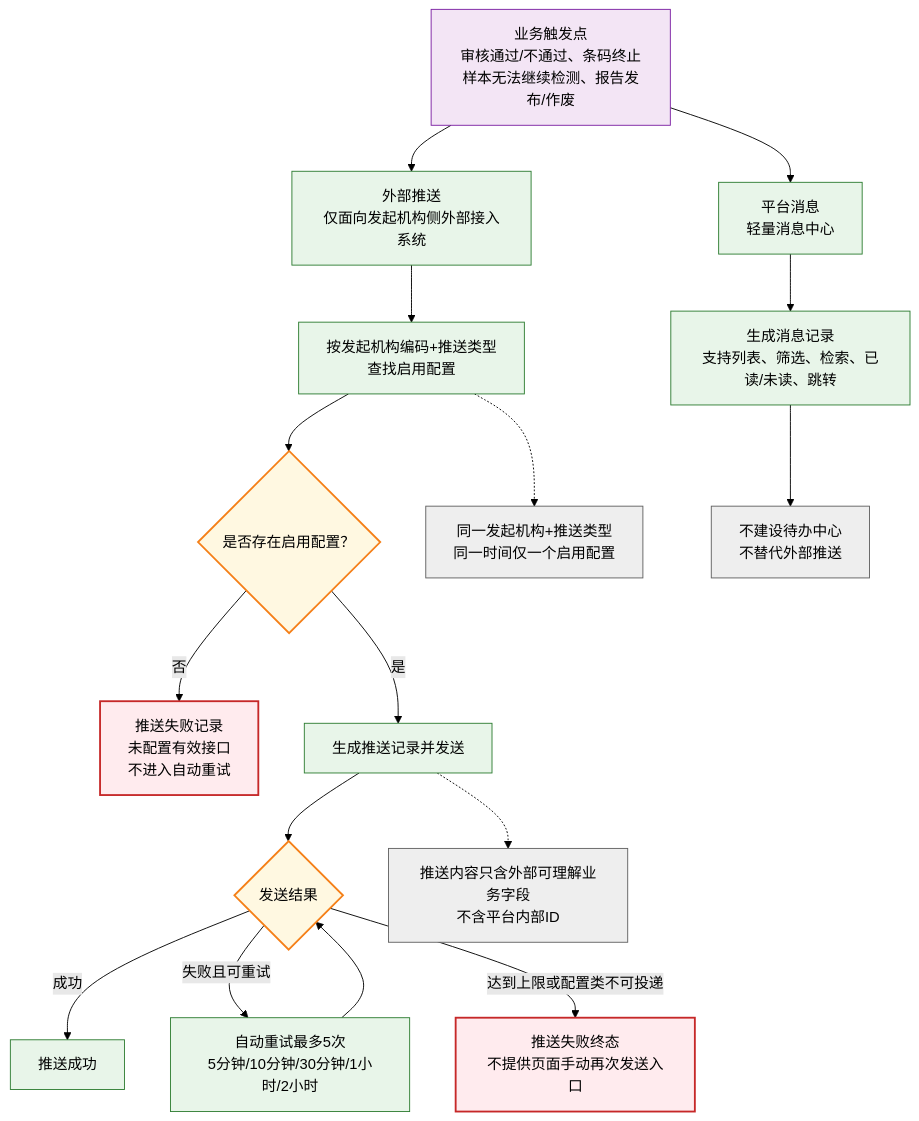
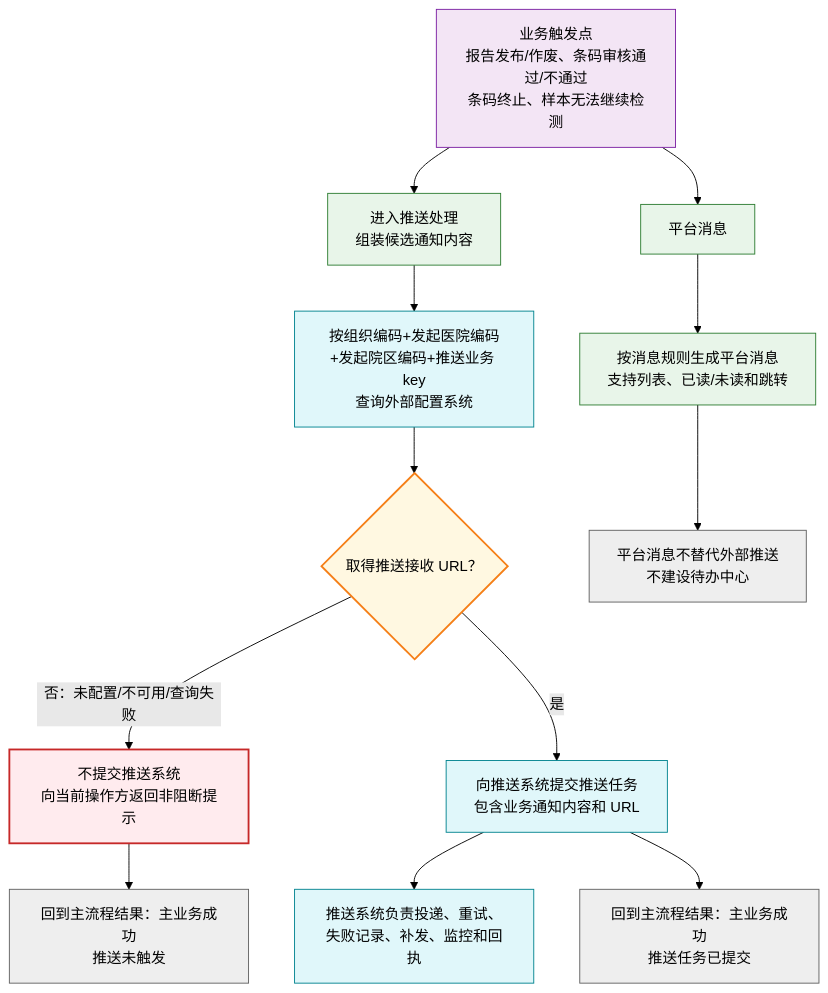
The sixth of 7 diagrams in 协同平台/政策文档/版本7/PRD_流程图_整合版.md (taskMain/Lis), drawn with Mermaid (forest theme) before and after one commit. The commit also changed other lines of this file and 2 other files, not shown here.

Commit message:
docs(PRD): 重构流程图整合版文档，提取条码流转主流程并补充子流程与规则说明，提升可读性与维护性

````diff
--- a/协同平台/政策文档/版本7/PRD_流程图_整合版.md
+++ b/协同平台/政策文档/版本7/PRD_流程图_整合版.md
@@ -290,27 +293,25 @@
 ```mermaid
 flowchart TD
     classDef trigger fill:#f3e5f5,stroke:#7b1fa2,stroke-width:1px
     classDef process fill:#e8f5e9,stroke:#2e7d32,stroke-width:1px
     classDef decision fill:#fff8e1,stroke:#f57f17,stroke-width:2px
     classDef terminal fill:#ffebee,stroke:#c62828,stroke-width:2px
+    classDef external fill:#e0f7fa,stroke:#00838f,stroke-width:1px
     classDef note fill:#eeeeee,stroke:#616161,stroke-width:1px
 
-    T["业务触发点<br>审核通过/不通过、条码终止<br>样本无法继续检测、报告发布/作废"]:::trigger
+    T["业务触发点<br>报告发布/作废、条码审核通过/不通过<br>条码终止、样本无法继续检测"]:::trigger
 
-    T --> P0["外部推送<br>仅面向发起机构侧外部接入系统"]:::process
-    P0 --> P1["按发起机构编码+推送类型<br>查找启用配置"]:::process
-    P1 --> P2{"是否存在启用配置？"}:::decision
-    P2 -->|"否"| P3["推送失败记录<br>未配置有效接口<br>不进入自动重试"]:::terminal
-    P2 -->|"是"| P4["生成推送记录并发送"]:::process
-    P4 --> P5{"发送结果"}:::decision
-    P5 -->|"成功"| P6["推送成功"]:::process
-    P5 -->|"失败且可重试"| P7["自动重试最多5次<br>5分钟/10分钟/30分钟/1小时/2小时"]:::process
-    P7 --> P5
-    P5 -->|"达到上限或配置类不可投递"| P8["推送失败终态<br>不提供页面手动再次发送入口"]:::terminal
-    P4 -.-> P9["推送内容只含外部可理解业务字段<br>不含平台内部ID"]:::note
-    P1 -.-> P10["同一发起机构+推送类型<br>同一时间仅一个启用配置"]:::note
+    T --> P0["进入推送处理<br>组装候选通知内容"]:::process
+    P0 --> P1["按组织编码+发起医院编码+发起院区编码+推送业务 key<br>查询外部配置系统"]:::external
+    P1 --> P2{"取得推送接收 URL？"}:::decision
+    P2 -->|"否：未配置/不可用/查询失败"| P3["不提交推送系统<br>向当前操作方返回非阻断提示"]:::terminal
+    P2 -->|"是"| P4["向推送系统提交推送任务<br>包含业务通知内容和 URL"]:::external
+    P4 --> P5["推送系统负责投递、重试、失败记录、补发、监控和回执"]:::external
 
-    T --> M0["平台消息<br>轻量消息中心"]:::process
-    M0 --> M1["生成消息记录<br>支持列表、筛选、检索、已读/未读、跳转"]:::process
-    M1 --> M2["不建设待办中心<br>不替代外部推送"]:::note
+    T --> M0["平台消息"]:::process
+    M0 --> M1["按消息规则生成平台消息<br>支持列表、已读/未读和跳转"]:::process
+
+    P3 --> R["回到主流程结果：主业务成功<br>推送未触发"]:::note
+    P4 --> R2["回到主流程结果：主业务成功<br>推送任务已提交"]:::note
+    M1 --> R3["平台消息不替代外部推送<br>不建设待办中心"]:::note
 ```
````
